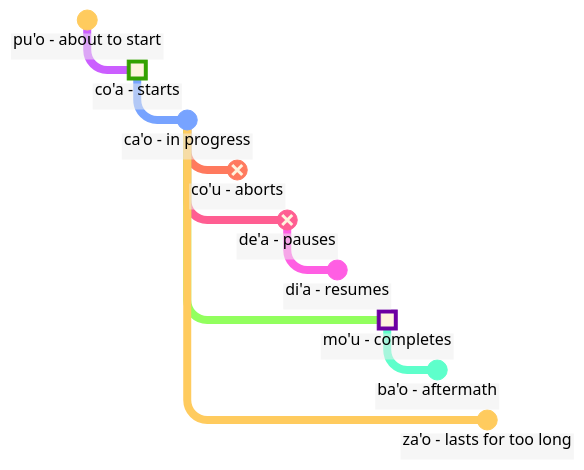
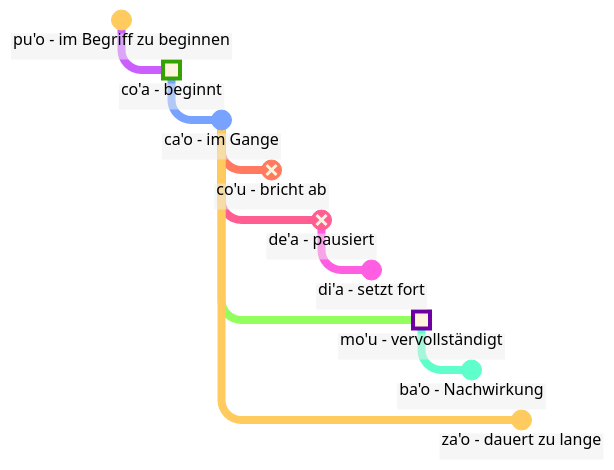
One commit to La-Lojban/lojban.pw changed the diagram in data/pages/de/books/learn-lojban/!6.md. Above: the diagram before and after it, drawn with Mermaid. The commit also changed other lines of this file and 12 other files, not shown here.

````diff
--- a/data/pages/de/books/learn-lojban/!6.md
+++ b/data/pages/de/books/learn-lojban/!6.md
@@ -358,57 +484,57 @@
 ```mermaid
 %%{
     init: { 
         'logLevel': 'debug',
         'theme': 'base',
         'themeVariables': {
                 'commitLabelColor': '#000',
                 'commitLabelBackground': '#eee',
                 'commitLabelFontSize': '16px',
                 'tagLabelFontSize': '14px'
         },
         'htmlLabels': true,
         'gitGraph': {
             'showCommitLabel':true,
             'mainBranchName': 'event',
             'rotateCommitLabel': false,
             'showBranches': false
         }
     }
 }%%
 
 gitGraph
     checkout event
-    commit id: "pu'o - about to start"
+    commit id: "pu'o - im Begriff zu beginnen"
 
     checkout event
     branch start
-    commit id: "co'a - starts" type:HIGHLIGHT
+    commit id: "co'a - beginnt" type:HIGHLIGHT
 
     checkout start
     branch progress
-    commit id: "ca'o - in progress"
+    commit id: "ca'o - im Gange"
 
     checkout progress
     branch stop
-    commit id: "co'u - aborts" type: REVERSE
+    commit id: "co'u - bricht ab" type: REVERSE
 
     checkout progress
     branch "pause"
-    commit id: "de'a - pauses" type: REVERSE
+    commit id: "de'a - pausiert" type: REVERSE
 
     checkout "pause"
     branch resume
-    commit id: "di'a - resumes"
+    commit id: "di'a - setzt fort"
 
     checkout progress
     branch completion
-    commit id: "mo'u - completes" type: HIGHLIGHT
+    commit id: "mo'u - vervollständigt" type: HIGHLIGHT
 
     checkout completion
     branch aftermath
-    commit id: "ba'o - aftermath"
+    commit id: "ba'o - Nachwirkung"
 
     checkout progress
     branch overdue
-    commit id: "za'o - lasts for too long"
+    commit id: "za'o - dauert zu lange"
 ```
````
